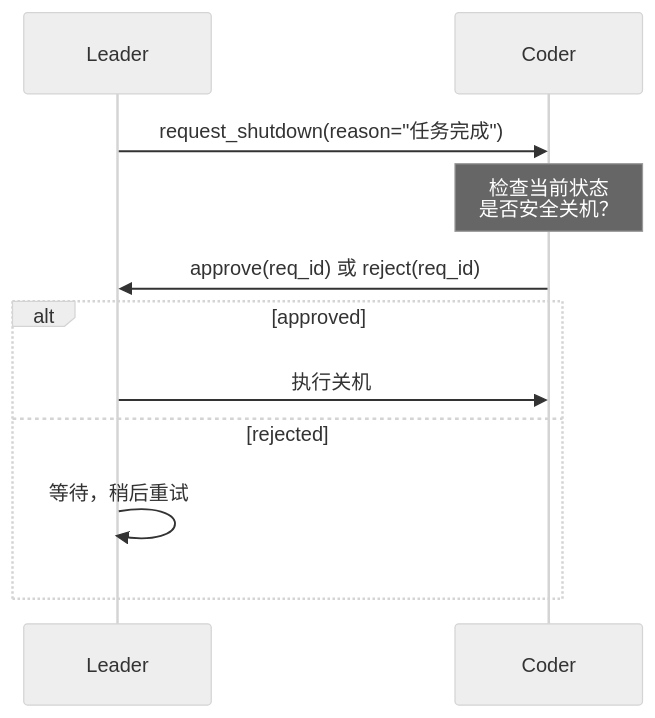
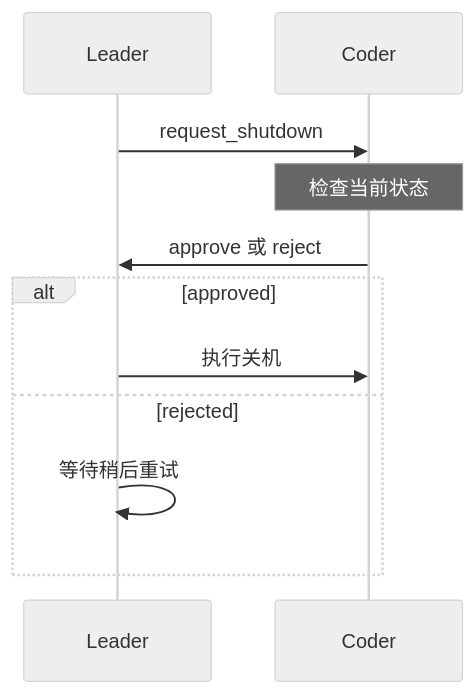
Before and after one commit to ranxi2001/zero2Agent: the first of 2 diagrams in learn-claude-code/10-team-protocols/index.md, drawn with Mermaid (neutral theme). The commit also changed other lines of this file and 3 other files, not shown here.

First line of the commit message:
fix mermaid syntax errors in learn-claude-code articles

```diff
--- a/learn-claude-code/10-team-protocols/index.md
+++ b/learn-claude-code/10-team-protocols/index.md
@@ -146,11 +146,11 @@
 <div class="mermaid">
 sequenceDiagram
-    Leader->>Coder: request_shutdown(reason="任务完成")
-    Note over Coder: 检查当前状态<br/>是否安全关机？
-    Coder->>Leader: approve(req_id) 或 reject(req_id)
+    Leader->>Coder: request_shutdown
+    Note over Coder: 检查当前状态
+    Coder->>Leader: approve 或 reject
     alt approved
         Leader->>Coder: 执行关机
     else rejected
-        Leader->>Leader: 等待，稍后重试
+        Leader->>Leader: 等待稍后重试
     end
 </div>
```
